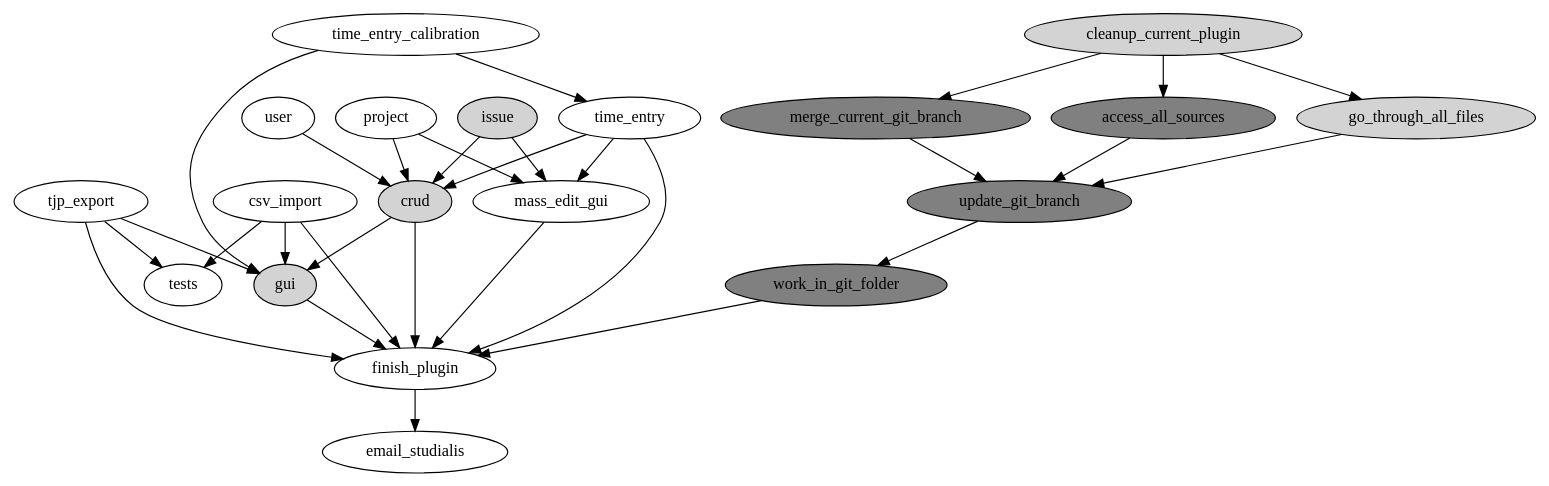
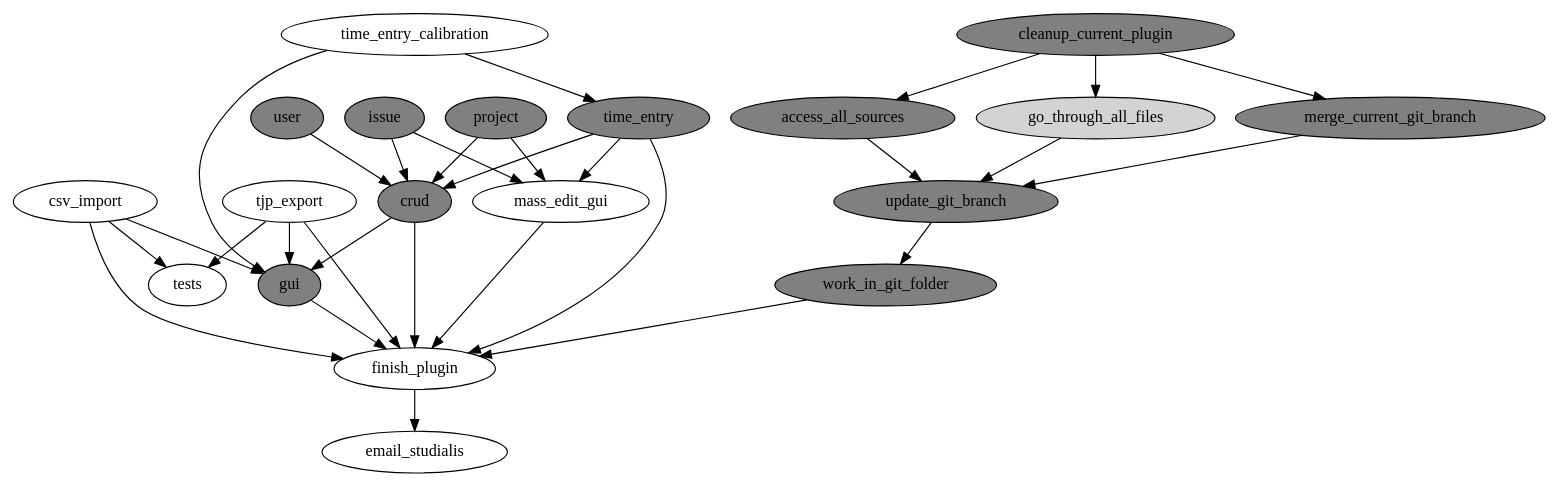
The diagram in users/christopher/redmine_taskjuggler.gv (chris2fr/redmine_taskjuggler), drawn with Graphviz before and after one commit. The commit also changed 8 other files, not shown here.

```diff
--- a/users/christopher/redmine_taskjuggler.gv
+++ b/users/christopher/redmine_taskjuggler.gv
@@ -1,70 +1,73 @@
 digraph todo {
 	#rankdir="RL"
 
 	{
 		node [fillcolor="grey" style="filled"]
 		merge_current_git_branch
 		update_git_branch
 		work_in_git_folder
 		access_all_sources
+		project
+		time_entry
+		user	
+		issue
+		cleanup_current_plugin
+		crud
+		gui
 	}
 	{
 		node [fillcolor="lightgrey" style="filled"]
-		crud
 		go_through_all_files
-		cleanup_current_plugin
-		issue
-		gui
 	}
 
 	{
 		csv_import
 		tjp_export 
 		gui
 		mass_edit_gui
 		time_entry
 		crud
 	} -> finish_plugin
 
 	{
 		time_entry
 		project
 		issue
 		user
 	} -> crud
 
 	cleanup_current_plugin -> 
 		{
 			access_all_sources
 			merge_current_git_branch
 			go_through_all_files
 		}  -> 
 		update_git_branch ->
 		work_in_git_folder ->
 		finish_plugin -> 
 		email_studialis
 	
 	{
 		csv_import
 		tjp_export
 	} -> tests 
 
 	{
 		time_entry_calibration 
 	} -> time_entry
 
 
 	{
 		crud
 		tjp_export
 		csv_import
 		time_entry_calibration
 	} -> gui
 
 	 {
 		project
 		time_entry
 		issue
 	} -> mass_edit_gui
 	 
 }
```
